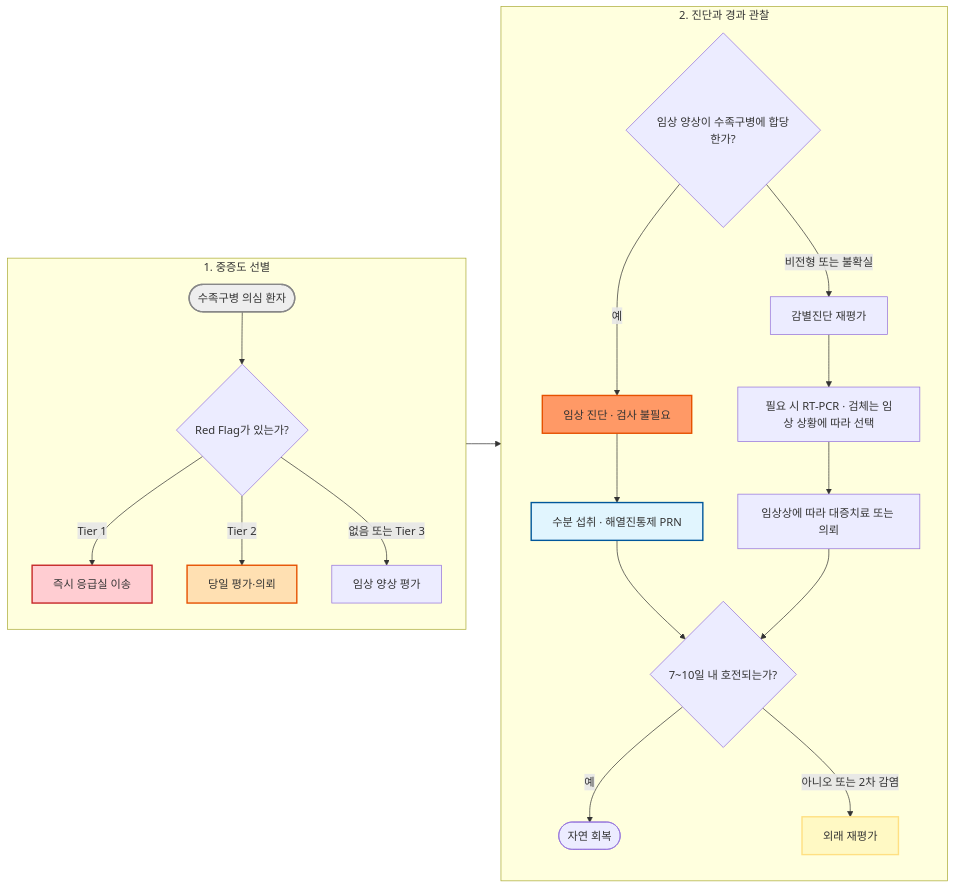
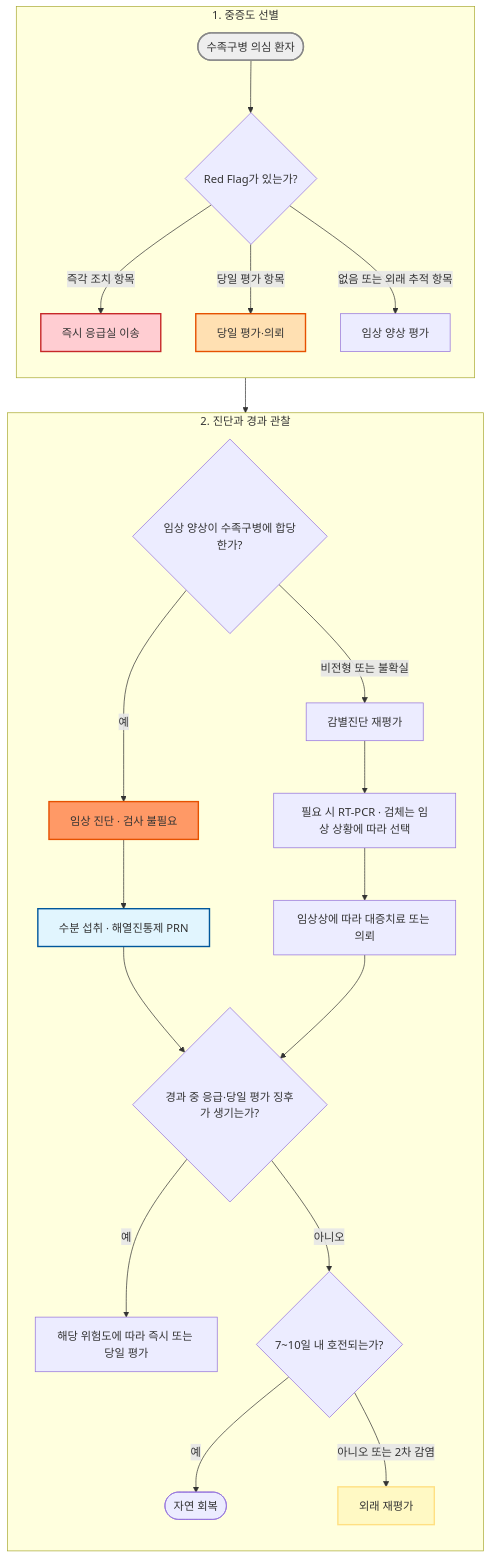
The diagram in 230_/198_-hand-foot-mouth-dz.md (familyoh77/familyoh77), drawn with Mermaid before and after one commit. The commit also changed other lines of this file and 9 other files, not shown here.

````diff
--- a/230_/198_-hand-foot-mouth-dz.md
+++ b/230_/198_-hand-foot-mouth-dz.md
@@ -111,31 +113,33 @@
 ```mermaid
-flowchart LR
+flowchart TB
     subgraph Triage["1. 중증도 선별"]
         direction TB
         Start(["수족구병 의심 환자"]) --> RF{"Red Flag가 있는가?"}
-        RF -->|Tier 1| ER["즉시 응급실 이송"]
-        RF -->|Tier 2| Same["당일 평가·의뢰"]
-        RF -->|없음 또는 Tier 3| Assess["임상 양상 평가"]
+        RF -->|즉각 조치 항목| ER["즉시 응급실 이송"]
+        RF -->|당일 평가 항목| Same["당일 평가·의뢰"]
+        RF -->|없음 또는 외래 추적 항목| Assess["임상 양상 평가"]
     end
 
     subgraph Diagnosis["2. 진단과 경과 관찰"]
         direction TB
         Assess --> Q1{"임상 양상이 수족구병에 합당한가?"}
         Q1 -->|예| Dx["임상 진단 · 검사 불필요"]
         Q1 -->|비전형 또는 불확실| Diff["감별진단 재평가"]
         Diff --> Test["필요 시 RT-PCR · 검체는 임상 상황에 따라 선택"]
         Dx --> Home["수분 섭취 · 해열진통제 PRN"]
         Test --> Plan["임상상에 따라 대증치료 또는 의뢰"]
-        Home --> FU{"7~10일 내 호전되는가?"}
-        Plan --> FU
+        Home --> Worsen{"경과 중 응급·당일 평가 징후가 생기는가?"}
+        Plan --> Worsen
+        Worsen -->|예| Urgent["해당 위험도에 따라 즉시 또는 당일 평가"]
+        Worsen -->|아니오| FU{"7~10일 내 호전되는가?"}
         FU -->|예| Done(["자연 회복"])
         FU -->|아니오 또는 2차 감염| Recheck["외래 재평가"]
     end
 
     style Start fill:#eeeeee,stroke:#888888,stroke-width:2px
     style Dx fill:#f96,stroke:#e65100,stroke-width:2px
     style ER fill:#ffcdd2,stroke:#c62828,stroke-width:2px
     style Same fill:#ffe0b2,stroke:#e65100,stroke-width:2px
     style Home fill:#e1f5fe,stroke:#01579b,stroke-width:2px
     style Recheck fill:#fff9c4,stroke:#ffe082,stroke-width:2px
 ```
````
